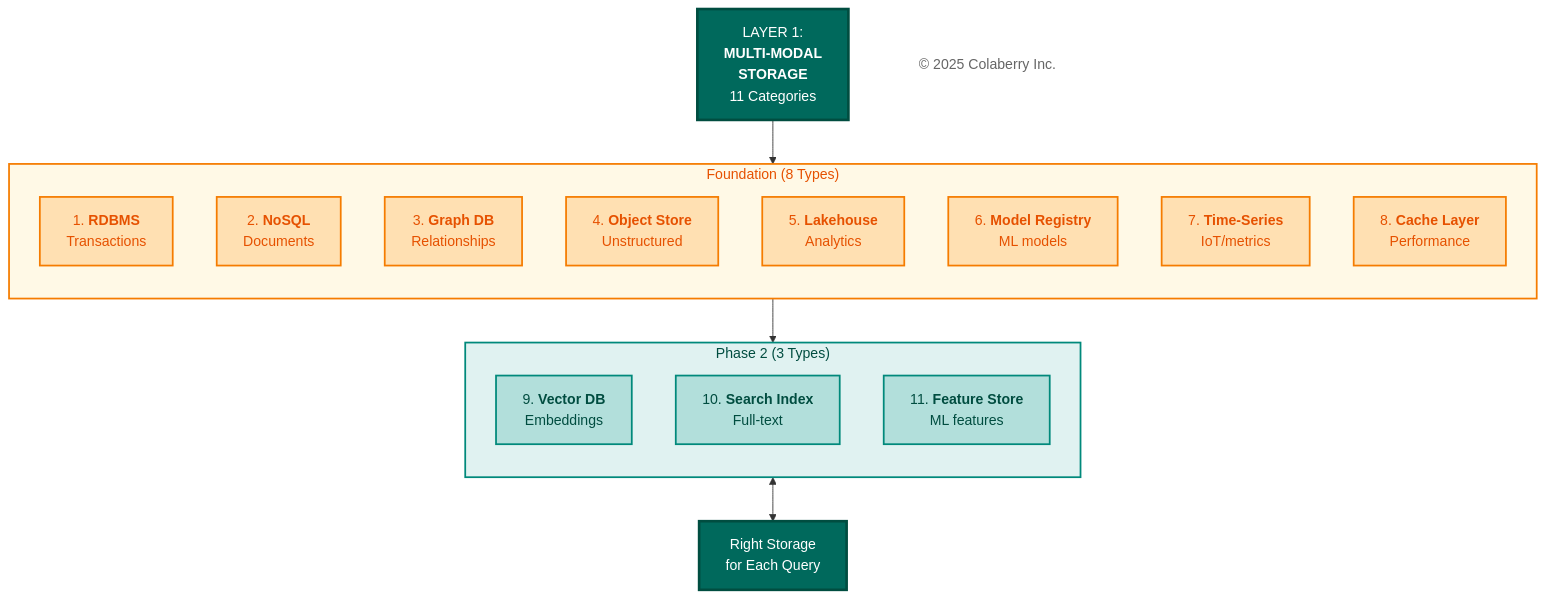
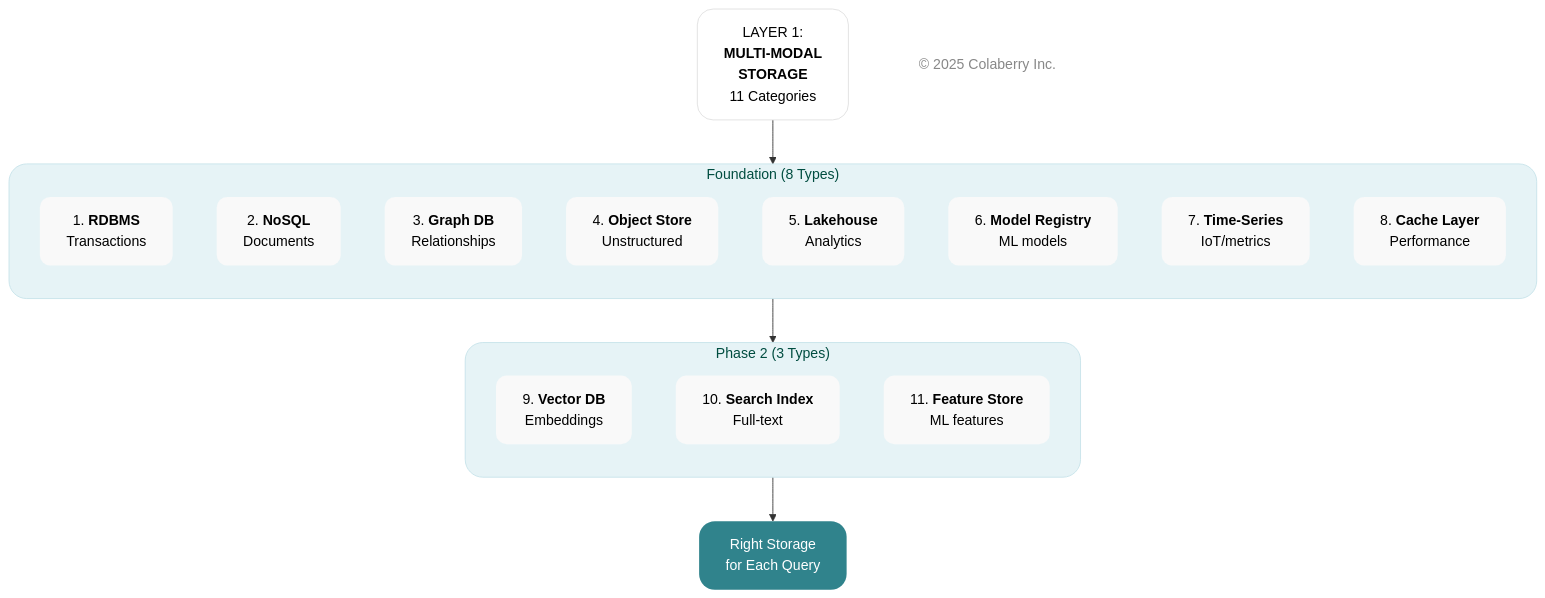
Before and after one commit to saitejesh-cyber/trust-before-intelligence-book: the fifth of 11 diagrams in manuscript/05_chapter_4_foundation_layers.md, drawn with Mermaid. The commit also changed other lines of this file and 4 other files, not shown here.

Commit message:
Chapter 1to5: Updated mermaid diagrams based on new colaberry color code

````diff
--- a/manuscript/05_chapter_4_foundation_layers.md
+++ b/manuscript/05_chapter_4_foundation_layers.md
@@ -389,48 +395,48 @@
 ```mermaid
 
 graph TB
     TITLE["LAYER 1:<br/><b>MULTI-MODAL</b><br/><b>STORAGE</b><br/>11 Categories"]
     
     subgraph FOUNDATION["Foundation (8 Types)"]
         direction TB
         S1["1. <b>RDBMS</b><br/>Transactions"]
         S2["2. <b>NoSQL</b><br/>Documents"]
         S3["3. <b>Graph DB</b><br/>Relationships"]
         S4["4. <b>Object Store</b><br/>Unstructured"]
         S5["5. <b>Lakehouse</b><br/>Analytics"]
         S6["6. <b>Model Registry</b><br/>ML models"]
         S7["7. <b>Time-Series</b><br/>IoT/metrics"]
         S8["8. <b>Cache Layer</b><br/>Performance"]    
     end
     
     subgraph PHASE2["Phase 2 (3 Types)"]
         direction TB
         S9["9. <b>Vector DB</b><br/>Embeddings"]
         S10["10. <b>Search Index</b><br/>Full-text"]
         S11["11. <b>Feature Store</b><br/>ML features"]
     end
     
     OUTPUT["Right Storage<br/>for Each Query"]
     
     Copyright["© 2025 Colaberry Inc."]
-    
-    TITLE --> FOUNDATION --> PHASE2 <--> OUTPUT
-    
-    style TITLE fill:#00695c,color:#ffffff,stroke:#004d40,stroke-width:3px
-    style FOUNDATION fill:#fff9e6,stroke:#f57c00,stroke-width:2px,color:#e65100
-    style PHASE2 fill:#e0f2f1,stroke:#00897b,stroke-width:2px,color:#004d40
-    style S1 fill:#ffe0b2,stroke:#f57c00,stroke-width:2px,color:#e65100
-    style S2 fill:#ffe0b2,stroke:#f57c00,stroke-width:2px,color:#e65100
-    style S3 fill:#ffe0b2,stroke:#f57c00,stroke-width:2px,color:#e65100
-    style S4 fill:#ffe0b2,stroke:#f57c00,stroke-width:2px,color:#e65100
-    style S5 fill:#ffe0b2,stroke:#f57c00,stroke-width:2px,color:#e65100
-    style S6 fill:#ffe0b2,stroke:#f57c00,stroke-width:2px,color:#e65100
-    style S7 fill:#ffe0b2,stroke:#f57c00,stroke-width:2px,color:#e65100
-    style S8 fill:#ffe0b2,stroke:#f57c00,stroke-width:2px,color:#e65100
-    style S9 fill:#b2dfdb,stroke:#00897b,stroke-width:2px,color:#004d40
-    style S10 fill:#b2dfdb,stroke:#00897b,stroke-width:2px,color:#004d40
-    style S11 fill:#b2dfdb,stroke:#00897b,stroke-width:2px,color:#004d40
-    style OUTPUT fill:#00695c,color:#ffffff,stroke:#004d40,stroke-width:3px
-    style Copyright fill:#ffffff,stroke:none,color:#666666
+
+    TITLE --> FOUNDATION --> PHASE2 --> OUTPUT
+
+    style TITLE fill:#ffffff,stroke:#e0e0e0,stroke-width:1px,color:#000000,rx:18,ry:18
+    style Copyright fill:none,stroke:none,color:#888888
+    style FOUNDATION fill:#e6f3f6,stroke:#c7e3ea,stroke-width:1px,color:#004d40,rx:20,ry:20
+    style PHASE2 fill:#e6f3f6,stroke:#c7e3ea,stroke-width:1px,color:#004d40,rx:20,ry:20
+    style S1 fill:#f9f9f9,stroke:none,color:#000000,rx:12,ry:12
+    style S2 fill:#f9f9f9,stroke:none,color:#000000,rx:12,ry:12
+    style S3 fill:#f9f9f9,stroke:none,color:#000000,rx:12,ry:12
+    style S4 fill:#f9f9f9,stroke:none,color:#000000,rx:12,ry:12
+    style S5 fill:#f9f9f9,stroke:none,color:#000000,rx:12,ry:12
+    style S6 fill:#f9f9f9,stroke:none,color:#000000,rx:12,ry:12
+    style S7 fill:#f9f9f9,stroke:none,color:#000000,rx:12,ry:12
+    style S8 fill:#f9f9f9,stroke:none,color:#000000,rx:12,ry:12
+    style S9 fill:#f9f9f9,stroke:none,color:#000000,rx:12,ry:12
+    style S10 fill:#f9f9f9,stroke:none,color:#000000,rx:12,ry:12
+    style S11 fill:#f9f9f9,stroke:none,color:#000000,rx:12,ry:12
+    style OUTPUT fill:#30838C,stroke:none,color:#ffffff,rx:18,ry:18
 
 ```
````
